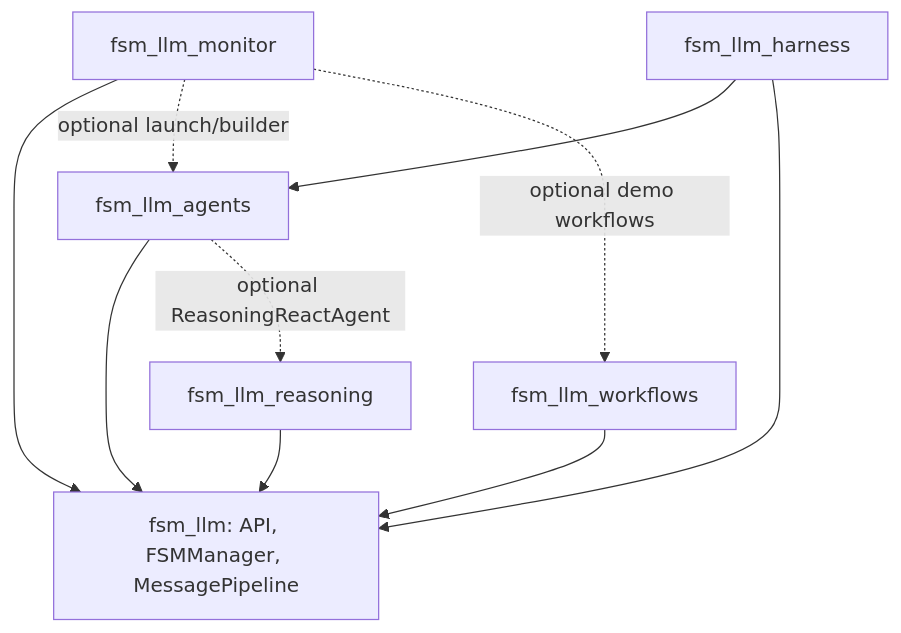
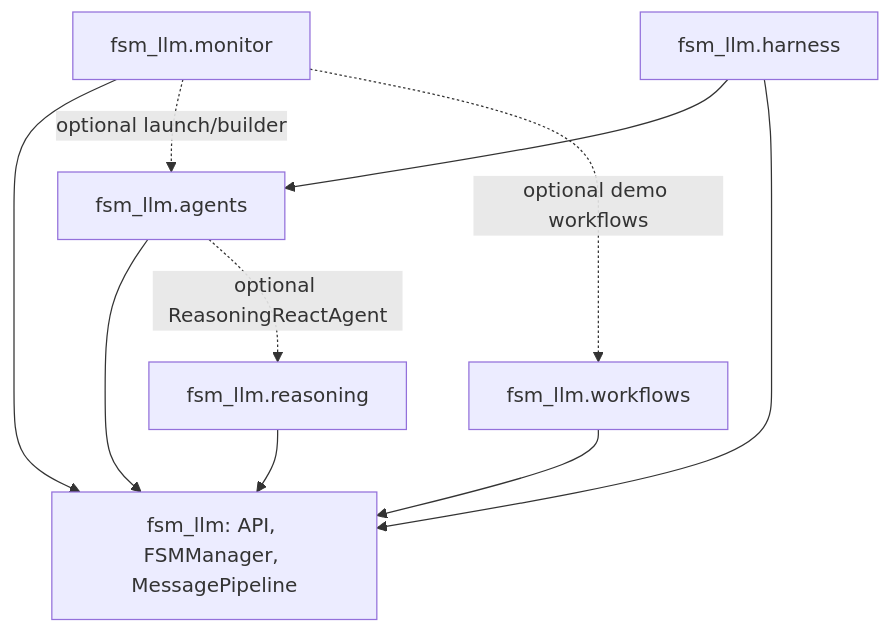
Before and after one commit to NikolasMarkou/fsm_llm: the diagram in CLAUDE.md, drawn with Mermaid. The commit also changed other lines of this file and 10 other files, not shown here.

Commit message:
[plan-2026-09-29-3a032517/iter-1/step-4] docs: document fsm_llm subpackage layout and breaking import change

````diff
--- a/CLAUDE.md
+++ b/CLAUDE.md
@@ -14,13 +14,13 @@
 ```mermaid
 flowchart TD
     core[fsm_llm: API, FSMManager, MessagePipeline]
-    reasoning[fsm_llm_reasoning] --> core
-    workflows[fsm_llm_workflows] --> core
-    agents[fsm_llm_agents] --> core
+    reasoning[fsm_llm.reasoning] --> core
+    workflows[fsm_llm.workflows] --> core
+    agents[fsm_llm.agents] --> core
     agents -. optional ReasoningReactAgent .-> reasoning
-    monitor[fsm_llm_monitor] --> core
+    monitor[fsm_llm.monitor] --> core
     monitor -. optional launch/builder .-> agents
     monitor -. optional demo workflows .-> workflows
-    harness[fsm_llm_harness] --> agents
+    harness[fsm_llm.harness] --> agents
     harness --> core
 ```
````
